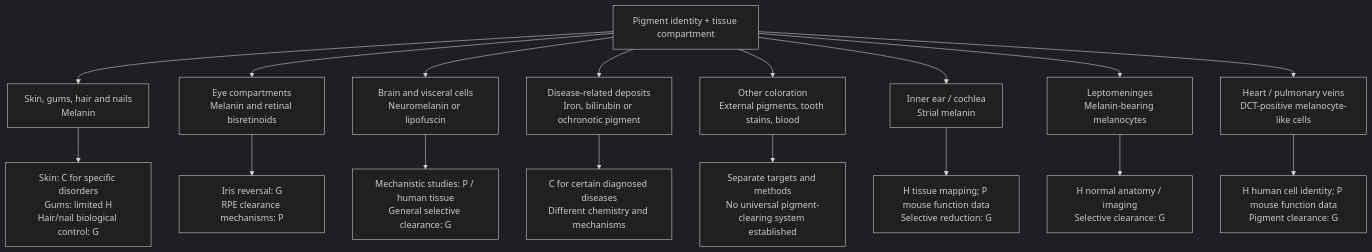
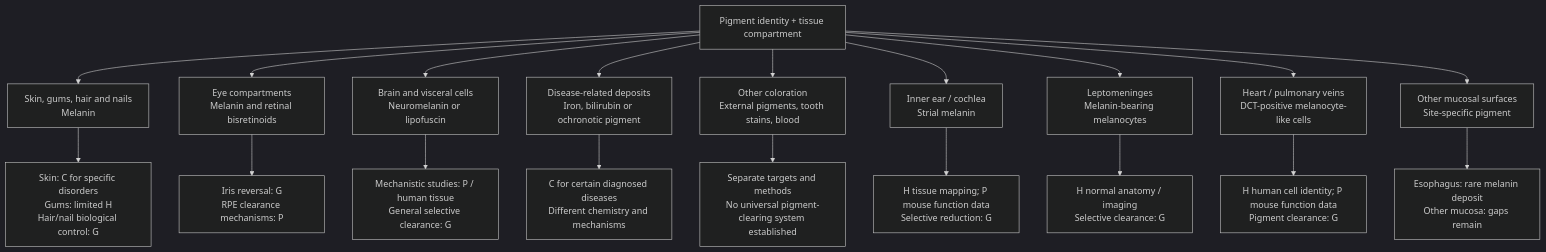
The first of 20 diagrams in research/tissue-pigment-atlas.md (dylanstechmann/iris-color-without-contacts), drawn with Mermaid (dark theme) before and after one commit. The commit also changed other lines of this file, not shown here.

Commit message:
Add rare esophageal melanin compartment to atlas

````diff
--- a/research/tissue-pigment-atlas.md
+++ b/research/tissue-pigment-atlas.md
@@ -23,20 +23,22 @@
 ```mermaid
 flowchart TD
     A["Pigment identity + tissue compartment"]
     A --> B["Skin, gums, hair and nails<br/>Melanin"]
     A --> C["Eye compartments<br/>Melanin and retinal bisretinoids"]
     A --> D["Brain and visceral cells<br/>Neuromelanin or lipofuscin"]
     A --> E["Disease-related deposits<br/>Iron, bilirubin or ochronotic pigment"]
     A --> F["Other coloration<br/>External pigments, tooth stains, blood"]
     A --> G["Inner ear / cochlea<br/>Strial melanin"]
     A --> H["Leptomeninges<br/>Melanin-bearing melanocytes"]
     A --> I["Heart / pulmonary veins<br/>DCT-positive melanocyte-like cells"]
+    A --> J["Other mucosal surfaces<br/>Site-specific pigment"]
     B --> B1["Skin: C for specific disorders<br/>Gums: limited H<br/>Hair/nail biological control: G"]
     C --> C1["Iris reversal: G<br/>RPE clearance mechanisms: P"]
     D --> D1["Mechanistic studies: P / human tissue<br/>General selective clearance: G"]
     G --> G1["H tissue mapping; P mouse function data<br/>Selective reduction: G"]
     H --> H1["H normal anatomy / imaging<br/>Selective clearance: G"]
     I --> I1["H human cell identity; P mouse function data<br/>Pigment clearance: G"]
+    J --> J1["Esophagus: rare melanin deposit<br/>Other mucosa: gaps remain"]
     E --> E1["C for certain diagnosed diseases<br/>Different chemistry and mechanisms"]
     F --> F1["Separate targets and methods<br/>No universal pigment-clearing system established"]
 ```
````
